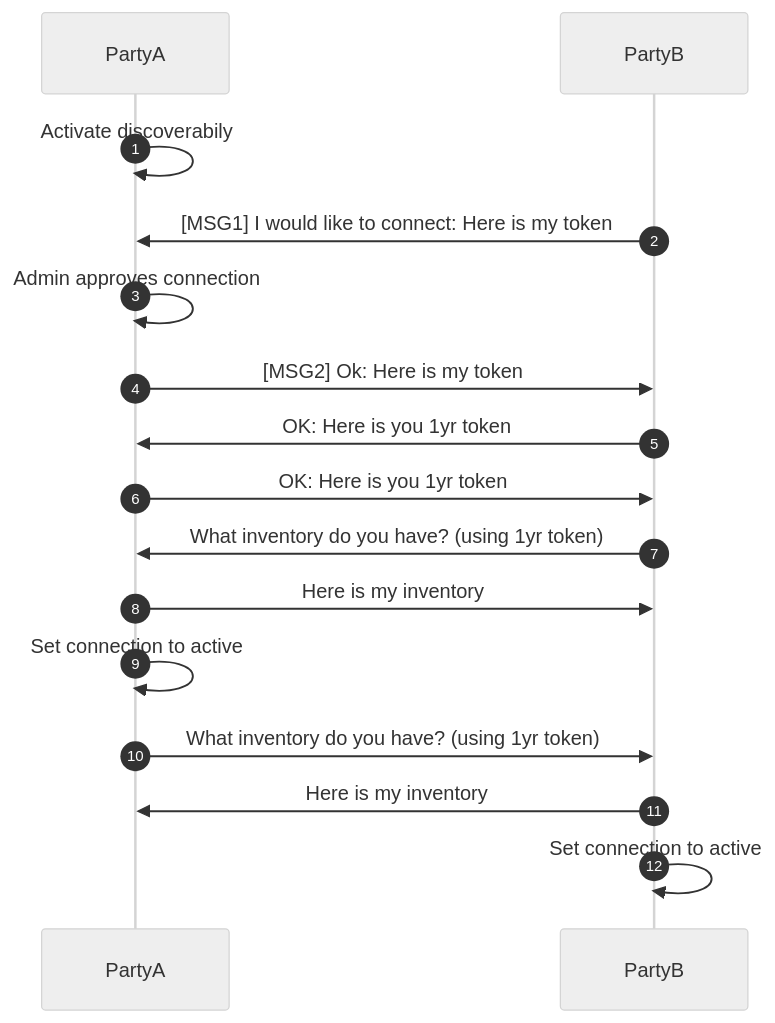
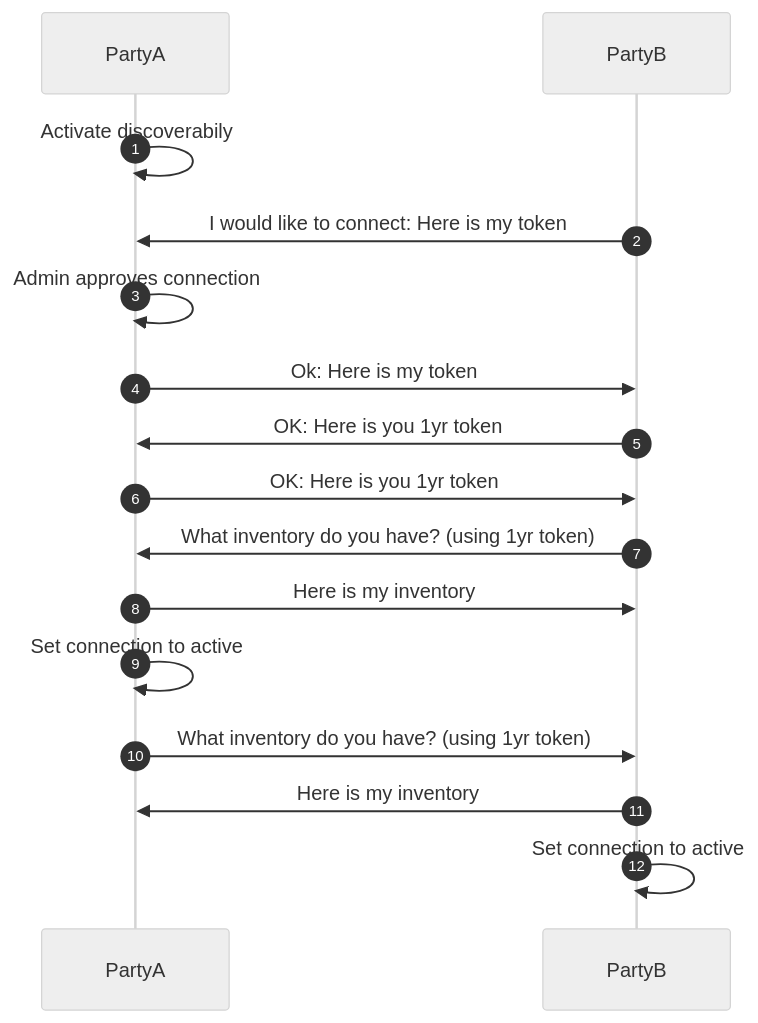
The first of 4 diagrams in docs/modules/ROOT/pages/home.adoc (invenhost/inventree-federation), drawn with Mermaid (neutral theme) before and after one commit. The commit also changed other lines of this file, not shown here.

```diff
--- a/docs/modules/ROOT/pages/home.adoc
+++ b/docs/modules/ROOT/pages/home.adoc
@@ -42,19 +42,19 @@
 [mermaid]
 ....
 sequenceDiagram
     autonumber
     participant PartyA
     participant PartyB
     PartyA->>PartyA: Activate discoverabily
-    PartyB->>PartyA: [MSG1] I would like to connect: Here is my token
+    PartyB->>PartyA: I would like to connect: Here is my token
     PartyA->>PartyA: Admin approves connection
-    PartyA->>PartyB: [MSG2] Ok: Here is my token
+    PartyA->>PartyB: Ok: Here is my token
     PartyB->>PartyA: OK: Here is you 1yr token
     PartyA->>PartyB: OK: Here is you 1yr token
     PartyB->>PartyA: What inventory do you have? (using 1yr token)
     PartyA->>PartyB: Here is my inventory
     PartyA->>PartyA: Set connection to active
     PartyA->>PartyB: What inventory do you have? (using 1yr token)
     PartyB->>PartyA: Here is my inventory
     PartyB->>PartyB: Set connection to active
 ....
```
